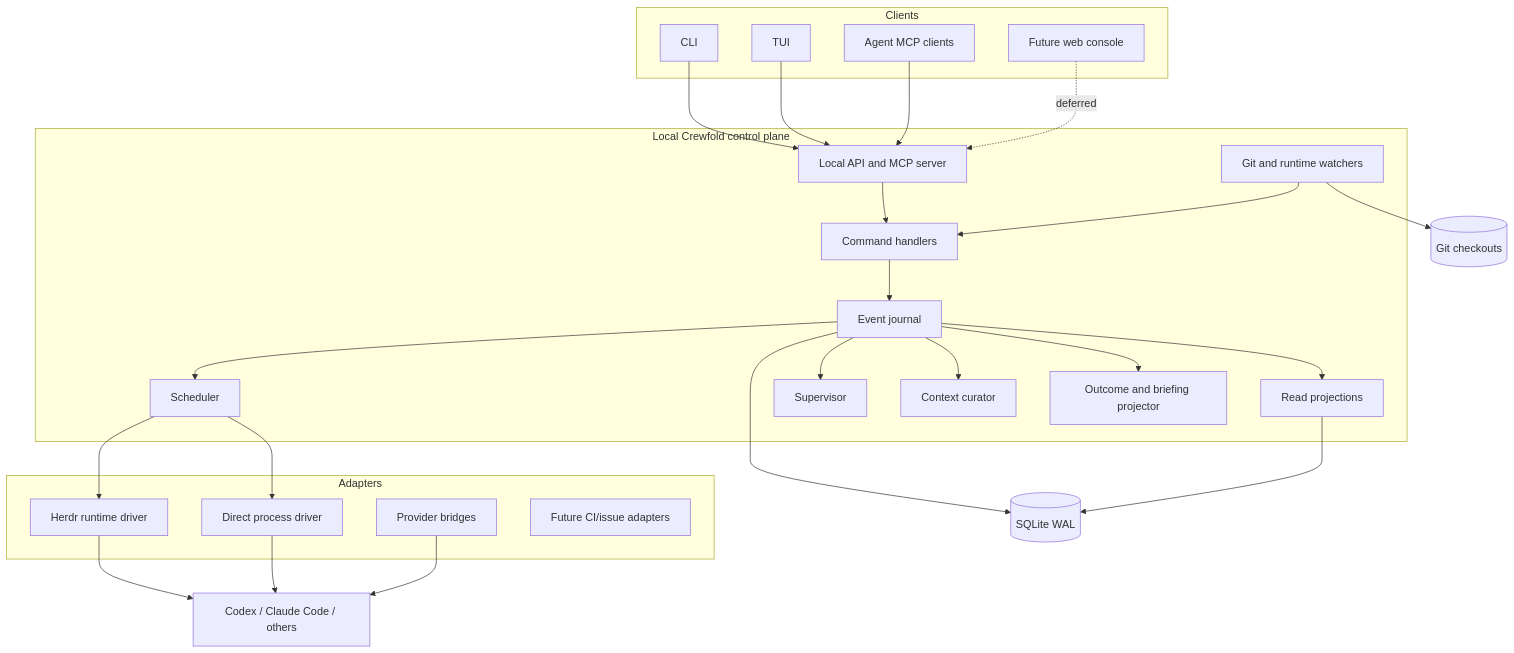
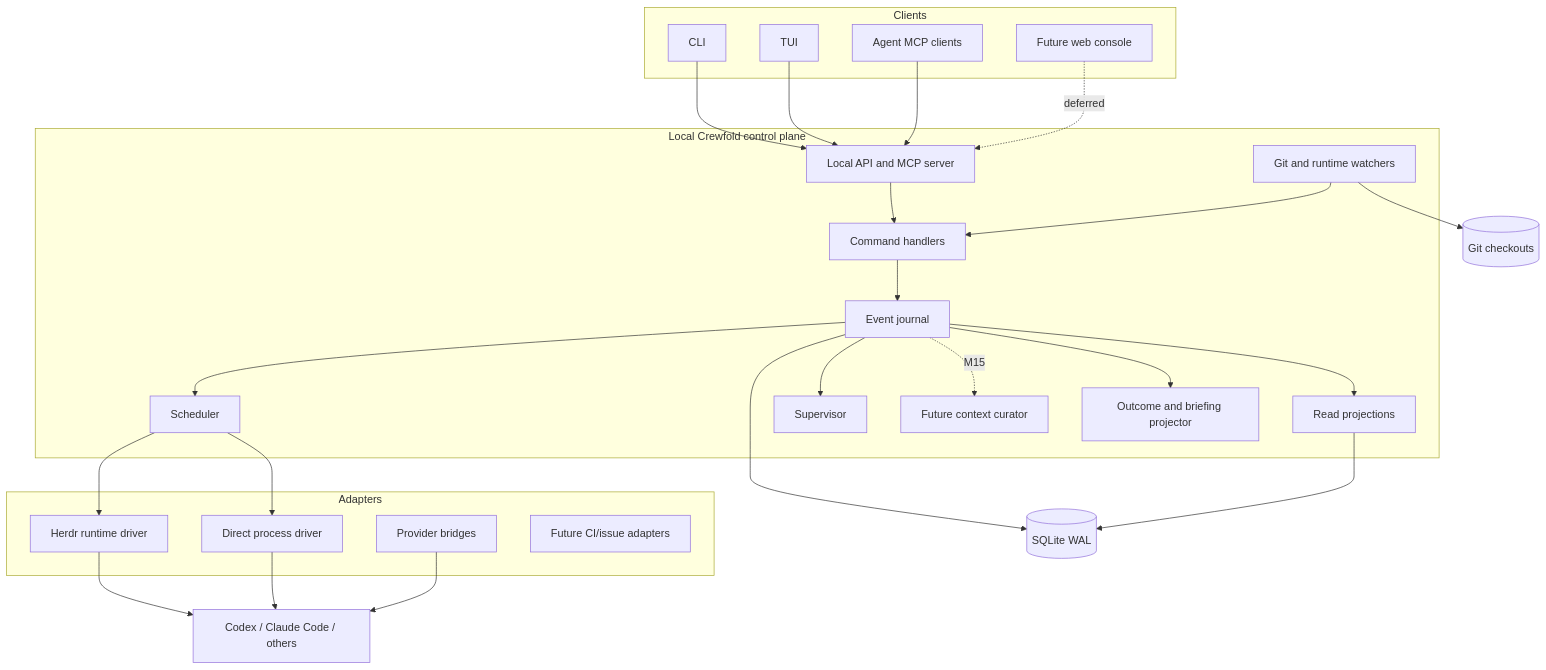
The first of 2 diagrams in docs/architecture.md (SvetlozarValchev/crewfold), drawn with Mermaid before and after one commit. The commit also changed other lines of this file and 69 other files, not shown here.

````diff
--- a/docs/architecture.md
+++ b/docs/architecture.md
@@ -9,53 +9,53 @@
 ```mermaid
 flowchart TB
     subgraph Clients
         CLI[CLI]
         TUI[TUI]
         AgentMCP[Agent MCP clients]
         FutureWeb[Future web console]
     end
 
     subgraph ControlPlane[Local Crewfold control plane]
         API[Local API and MCP server]
         Commands[Command handlers]
         Journal[Event journal]
         Projections[Read projections]
         Scheduler[Scheduler]
         Supervisor[Supervisor]
-        Curator[Context curator]
+        FutureCurator[Future context curator]
         Outcomes[Outcome and briefing projector]
         Watchers[Git and runtime watchers]
     end
 
     subgraph Adapters
         HerdrDriver[Herdr runtime driver]
         DirectDriver[Direct process driver]
         ProviderBridge[Provider bridges]
         External[Future CI/issue adapters]
     end
 
     DB[(SQLite WAL)]
     Git[(Git checkouts)]
     Providers[Codex / Claude Code / others]
 
     CLI --> API
     TUI --> API
     AgentMCP --> API
     FutureWeb -. deferred .-> API
     API --> Commands
     Commands --> Journal
     Journal --> Projections
     Journal --> Scheduler
     Journal --> Supervisor
-    Journal --> Curator
+    Journal -. M15 .-> FutureCurator
     Journal --> Outcomes
     Watchers --> Commands
     Journal --> DB
     Projections --> DB
     Scheduler --> HerdrDriver
     Scheduler --> DirectDriver
     HerdrDriver --> Providers
     DirectDriver --> Providers
     ProviderBridge --> Providers
     Watchers --> Git
 ```
````
